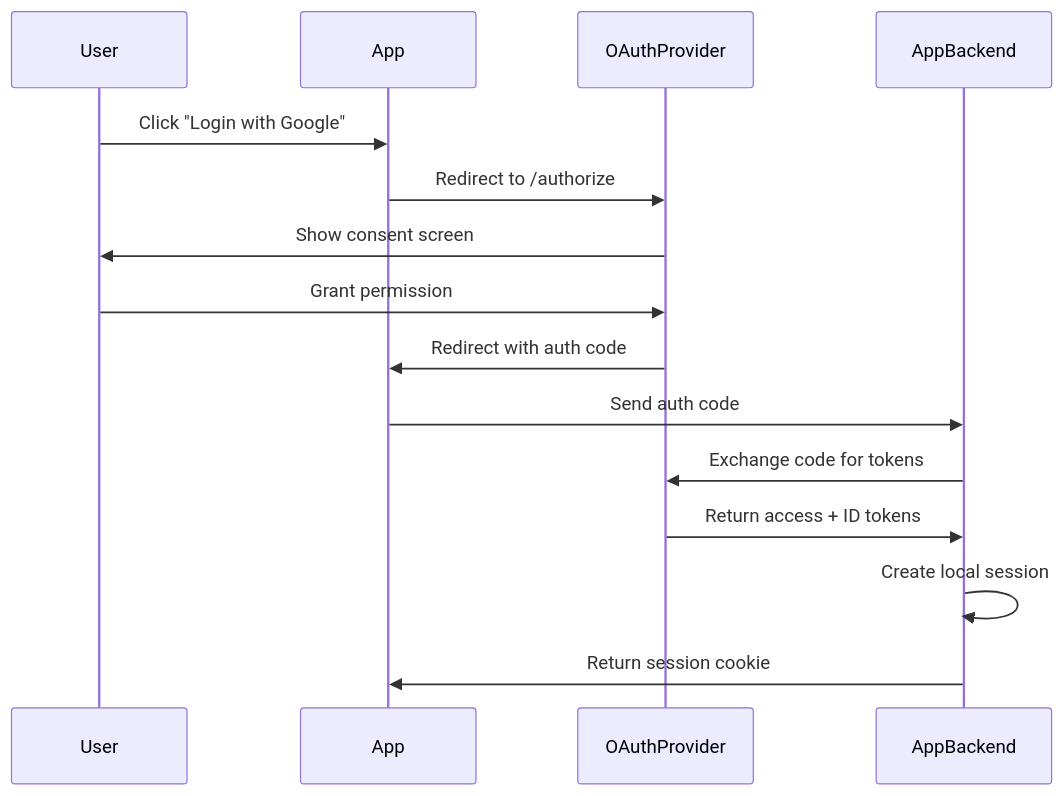
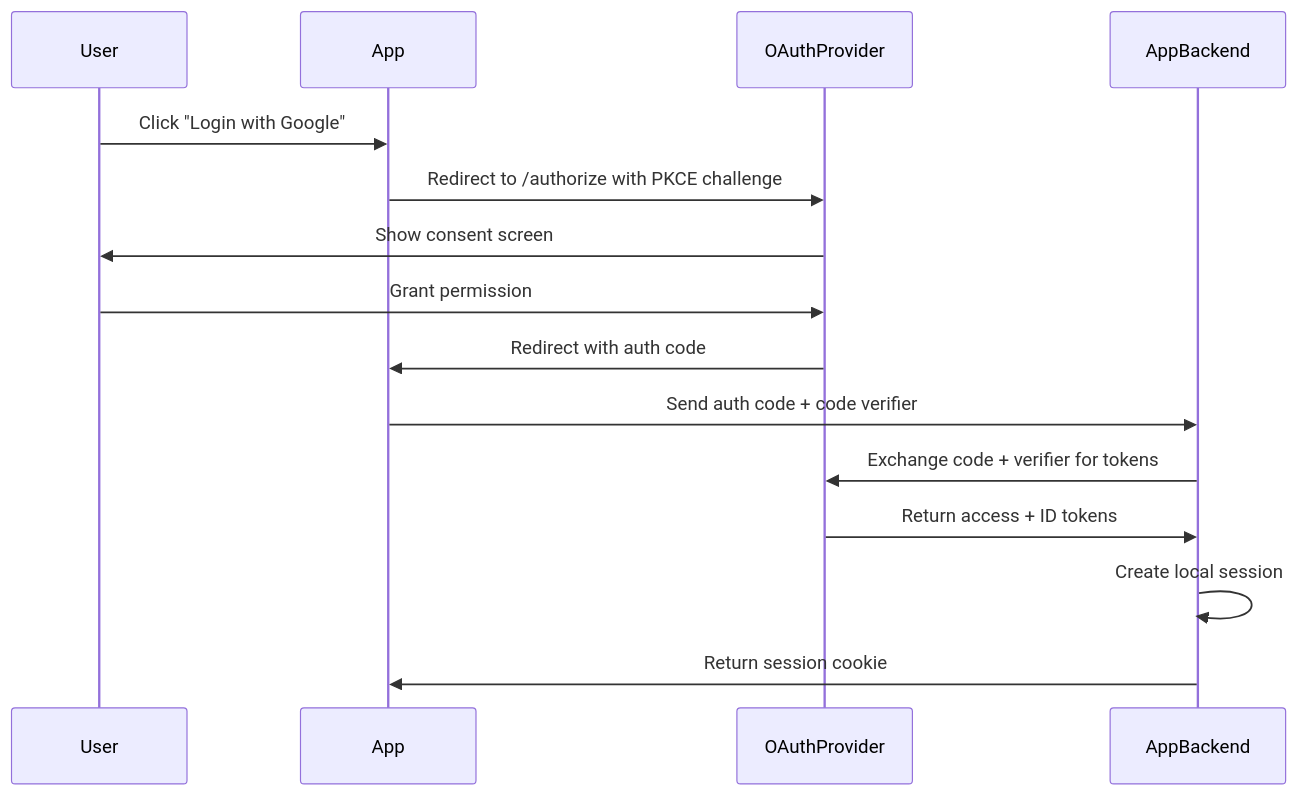
Before and after one commit to OneUptime/blog: the third of 3 diagrams in posts/2026-01-30-authentication-flow-design/README.md, drawn with Mermaid. The commit also changed other lines of this file and 2 other files, not shown here.

Commit message:
validate: 2026-01-30-authentication-flow-design

````diff
--- a/posts/2026-01-30-authentication-flow-design/README.md
+++ b/posts/2026-01-30-authentication-flow-design/README.md
@@ -317,18 +329,18 @@
 ```mermaid
 sequenceDiagram
     participant User
     participant App
     participant OAuthProvider
     participant AppBackend
 
     User->>App: Click "Login with Google"
-    App->>OAuthProvider: Redirect to /authorize
+    App->>OAuthProvider: Redirect to /authorize with PKCE challenge
     OAuthProvider->>User: Show consent screen
     User->>OAuthProvider: Grant permission
     OAuthProvider->>App: Redirect with auth code
-    App->>AppBackend: Send auth code
-    AppBackend->>OAuthProvider: Exchange code for tokens
+    App->>AppBackend: Send auth code + code verifier
+    AppBackend->>OAuthProvider: Exchange code + verifier for tokens
     OAuthProvider->>AppBackend: Return access + ID tokens
     AppBackend->>AppBackend: Create local session
     AppBackend->>App: Return session cookie
 ```
````
